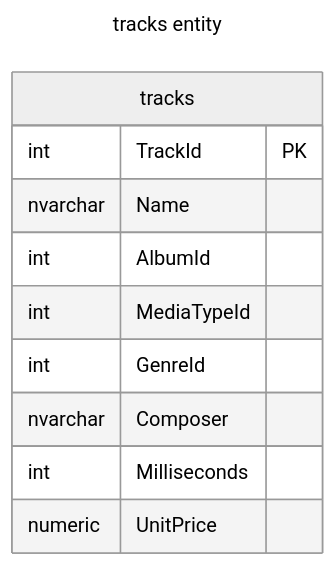
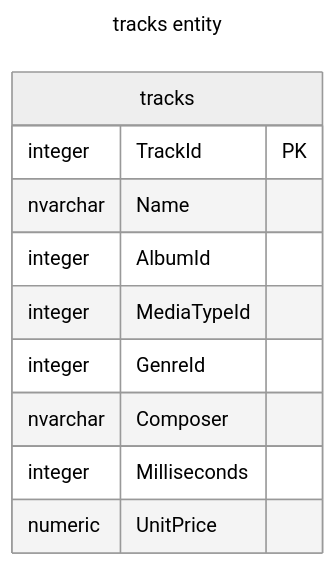
One commit to zi-ang-liu/jb-database changed the first of 2 diagrams in database/contents/adv_sql/practice.md. Above: the diagram before and after it, drawn with Mermaid (neutral theme). The commit also changed other lines of this file, not shown here.

````diff
--- a/database/contents/adv_sql/practice.md
+++ b/database/contents/adv_sql/practice.md
@@ -9,16 +9,16 @@
 ```{mermaid}
 ---
 title: tracks entity
 ---
 erDiagram 
    tracks {
-      int TrackId PK
+      integer TrackId PK
       nvarchar Name
-      int AlbumId
-      int MediaTypeId
-      int GenreId
+      integer AlbumId
+      integer MediaTypeId
+      integer GenreId
       nvarchar Composer
-      int Milliseconds
+      integer Milliseconds
       numeric UnitPrice
    }
 ```
````
